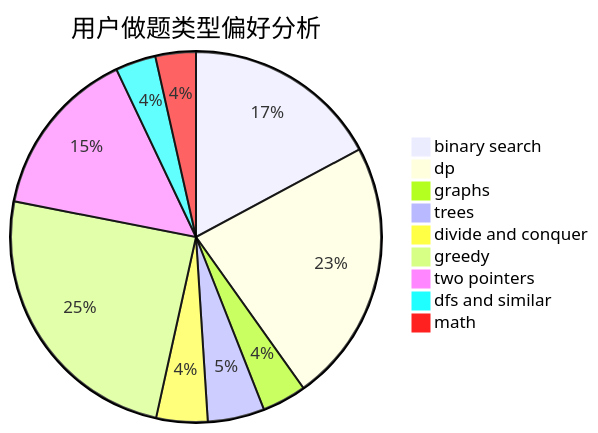
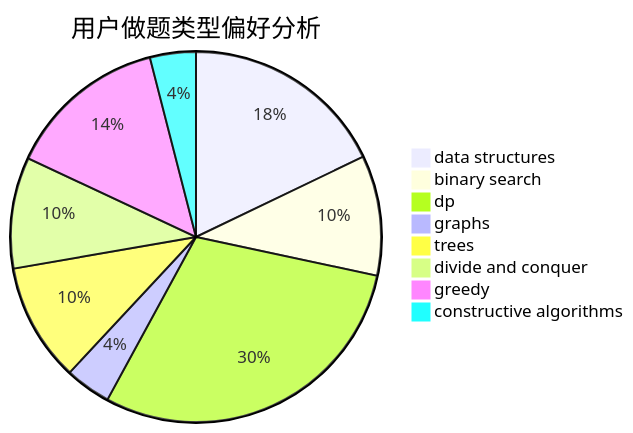
Before and after one commit to sherpahu/cfrs.github.io: the second of 3 diagrams in docs/user/u62.md, drawn with Mermaid. The commit also changed other lines of this file and 2775 other files, not shown here.

````diff
--- a/docs/user/u62.md
+++ b/docs/user/u62.md
@@ -23,12 +23,11 @@
 ```mermaid
 pie title 用户做题类型偏好分析
-    "binary search" :  253
-    "dp" :  339
-    "graphs" :  57
-    "trees" :  73
-    "divide and conquer" :  66
-    "greedy" :  363
-    "two pointers" :  219
-    "dfs and similar" :  52
-    "math" :  52
+    "data structures" :  116
+    "binary search" :  68
+    "dp" :  192
+    "graphs" :  26
+    "trees" :  67
+    "divide and conquer" :  63
+    "greedy" :  91
+    "constructive algorithms" :  26
 ```
````
